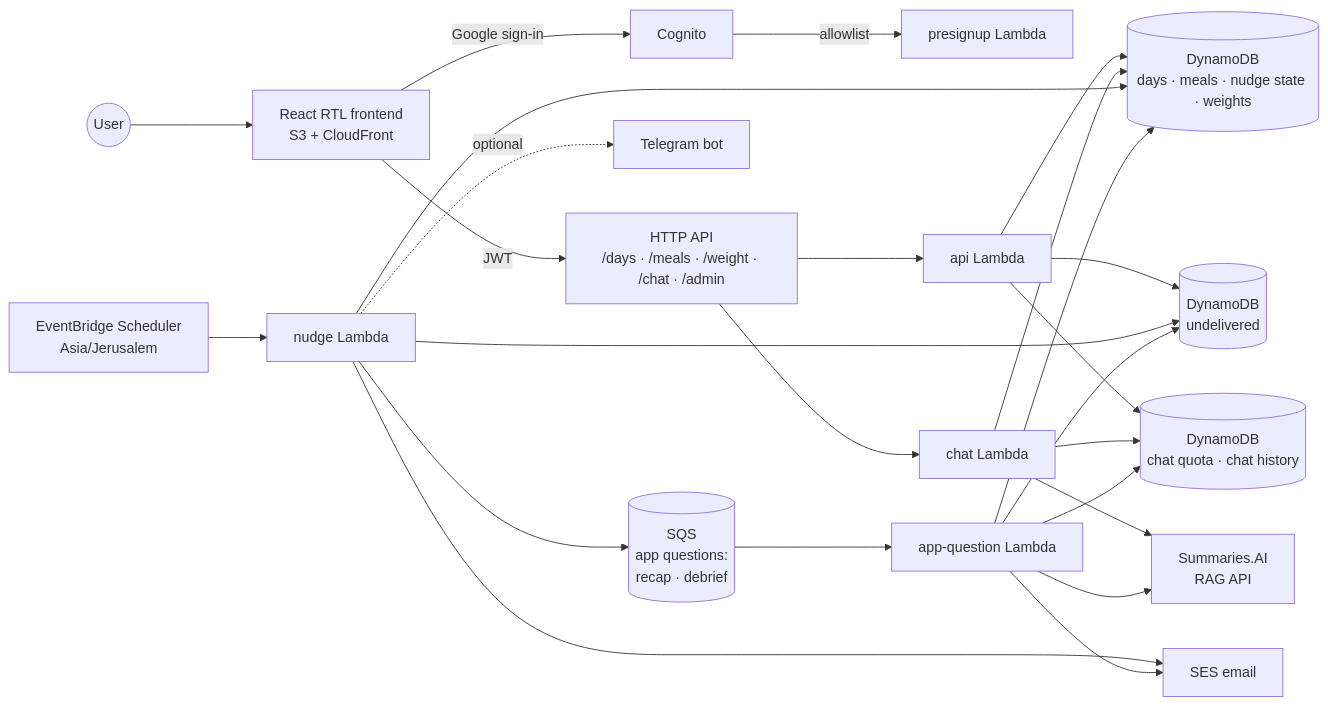
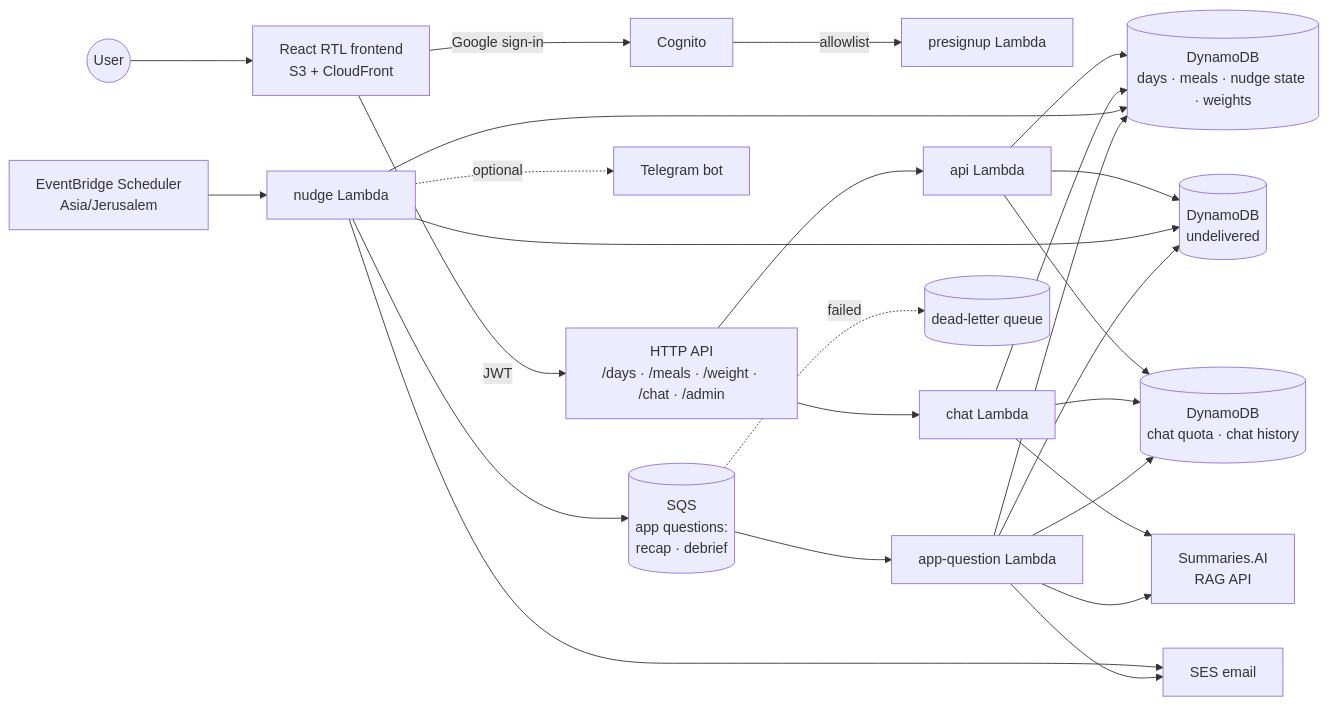
Before and after one commit to erancha/diet-tracker: the diagram in docs/architecture.md, drawn with Mermaid. The commit also changed other lines of this file and 13 other files, not shown here.

````diff
--- a/docs/architecture.md
+++ b/docs/architecture.md
@@ -15,27 +27,28 @@
 ```mermaid
 graph LR
-    U((User)) --> FE[React RTL frontend<br/>S3 + CloudFront]
+    U((User)) --> FE["React RTL frontend<br/>S3 + CloudFront"]
     FE -->|Google sign-in| COG[Cognito]
     COG -->|allowlist| PRE[presignup Lambda]
-    FE -->|JWT| API[HTTP API<br/>/days · /meals · /weight · /chat · /admin]
+    FE -->|JWT| API["HTTP API<br/>/days · /meals · /weight · /chat · /admin"]
     API --> APIL[api Lambda]
     API --> CHATL[chat Lambda]
-    APIL --> DB[(DynamoDB<br/>days · meals · nudge state · weights)]
-    APIL --> UND[(DynamoDB<br/>undelivered)]
-    APIL --> CDB[(DynamoDB<br/>chat quota · chat history)]
+    APIL --> DB[("DynamoDB<br/>days · meals · nudge state · weights")]
+    APIL --> UND[("DynamoDB<br/>undelivered")]
+    APIL --> CDB[("DynamoDB<br/>chat quota · chat history")]
     CHATL --> CDB
     CHATL --> DB
-    CHATL --> RAG[Summaries.AI<br/>RAG API]
-    SCH[EventBridge Scheduler<br/>Asia/Jerusalem] --> NUDGE[nudge Lambda]
+    CHATL --> RAG["Summaries.AI<br/>RAG API"]
+    SCH["EventBridge Scheduler<br/>Asia/Jerusalem"] --> NUDGE[nudge Lambda]
     NUDGE --> DB
     NUDGE --> UND
     NUDGE --> SES[SES email]
     NUDGE -.optional.-> TG[Telegram bot]
-    NUDGE --> Q[(SQS<br/>app questions:<br/>recap · debrief)]
+    NUDGE --> Q[("SQS<br/>app questions:<br/>recap · debrief")]
     Q --> RECAP[app-question Lambda]
+    Q -.failed.-> DLQ[(dead-letter queue)]
     RECAP --> DB
     RECAP --> CDB
     RECAP --> UND
     RECAP --> RAG
     RECAP --> SES
 ```
````
